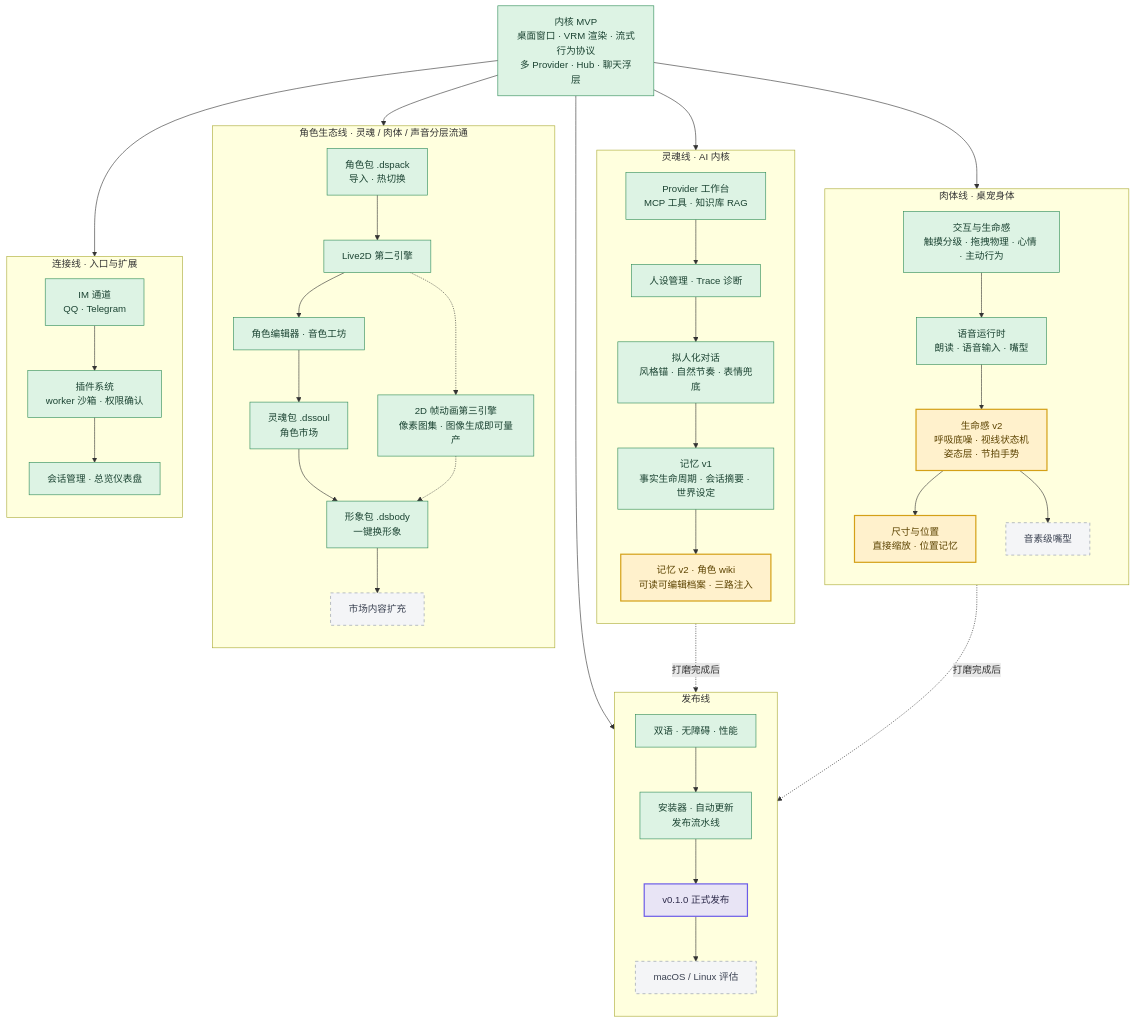
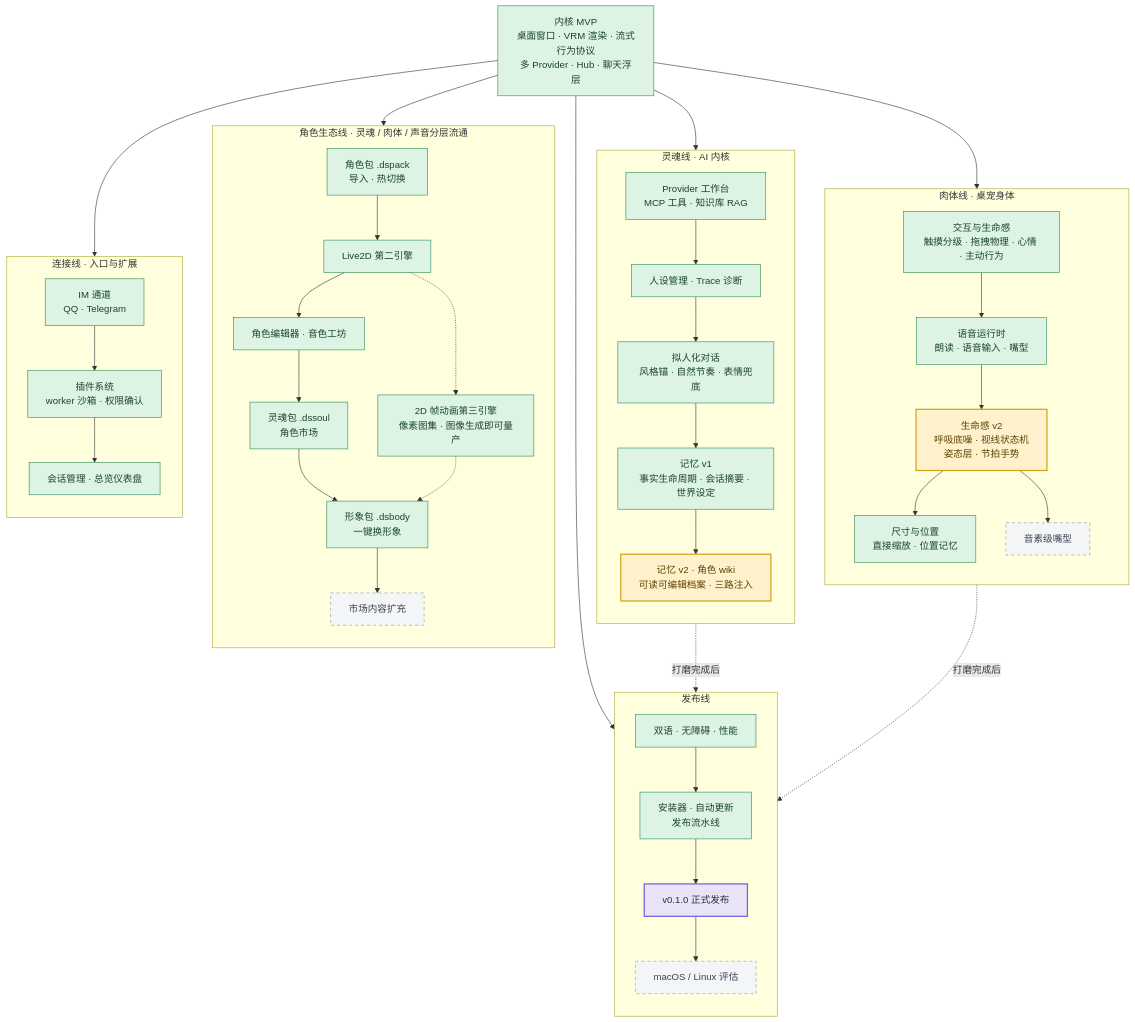
Before and after one commit to Furina-he/OpenPet: the second of 2 diagrams in README.md, drawn with Mermaid.

Commit message:
docs(readme): ㉓ 真窗已验——Roadmap 肉体线 B4「尺寸与位置」:::active → :::done（2026-09-26 用户确认 RESULTS §5 十二条无问题）

````diff
--- a/README.md
+++ b/README.md
@@ -233,70 +233,70 @@
 ```mermaid
 flowchart TB
   classDef done fill:#DDF3E4,stroke:#2E8B57,color:#1B4332
   classDef active fill:#FFF1CC,stroke:#D4A017,color:#5C4300,stroke-width:2px
   classDef plan fill:#F4F5F7,stroke:#8A94A6,color:#3B4252,stroke-dasharray: 5 5
   classDef gate fill:#E8E4F5,stroke:#6C5CE7,color:#2D2A4A,stroke-width:2px
 
   MVP["内核 MVP<br/>桌面窗口 · VRM 渲染 · 流式行为协议<br/>多 Provider · Hub · 聊天浮层"]:::done
 
   subgraph BODY["肉体线 · 桌宠身体"]
     direction TB
     B1["交互与生命感<br/>触摸分级 · 拖拽物理 · 心情 · 主动行为"]:::done
     B2["语音运行时<br/>朗读 · 语音输入 · 嘴型"]:::done
     B3["生命感 v2<br/>呼吸底噪 · 视线状态机<br/>姿态层 · 节拍手势"]:::active
-    B4["尺寸与位置<br/>直接缩放 · 位置记忆"]:::active
+    B4["尺寸与位置<br/>直接缩放 · 位置记忆"]:::done
     B5["音素级嘴型"]:::plan
     B1 --> B2 --> B3
     B3 --> B4
     B3 --> B5
   end
 
   subgraph SOUL["灵魂线 · AI 内核"]
     direction TB
     S1["Provider 工作台<br/>MCP 工具 · 知识库 RAG"]:::done
     S2["人设管理 · Trace 诊断"]:::done
     S3["拟人化对话<br/>风格锚 · 自然节奏 · 表情兜底"]:::done
     S4["记忆 v1<br/>事实生命周期 · 会话摘要 · 世界设定"]:::done
     S5["记忆 v2 · 角色 wiki<br/>可读可编辑档案 · 三路注入"]:::active
     S1 --> S2 --> S3 --> S4 --> S5
   end
 
   subgraph ECO["角色生态线 · 灵魂 / 肉体 / 声音分层流通"]
     direction TB
     E1["角色包 .dspack<br/>导入 · 热切换"]:::done
     E2["Live2D 第二引擎"]:::done
     E7["2D 帧动画第三引擎<br/>像素图集 · 图像生成即可量产"]:::done
     E3["角色编辑器 · 音色工坊"]:::done
     E4["灵魂包 .dssoul<br/>角色市场"]:::done
     E5["形象包 .dsbody<br/>一键换形象"]:::done
     E6["市场内容扩充"]:::plan
     E1 --> E2 --> E3 --> E4 --> E5 --> E6
     E2 -.-> E7
     E7 -.-> E5
   end
 
   subgraph LINK["连接线 · 入口与扩展"]
     direction TB
     L1["IM 通道<br/>QQ · Telegram"]:::done
     L2["插件系统<br/>worker 沙箱 · 权限确认"]:::done
     L3["会话管理 · 总览仪表盘"]:::done
     L1 --> L2 --> L3
   end
 
   subgraph SHIP["发布线"]
     direction TB
     R1["双语 · 无障碍 · 性能"]:::done
     R2["安装器 · 自动更新<br/>发布流水线"]:::done
     R3["v0.1.0 正式发布"]:::gate
     R4["macOS / Linux 评估"]:::plan
     R1 --> R2 --> R3 --> R4
   end
 
   MVP --> B1
   MVP --> S1
   MVP --> E1
   MVP --> L1
   MVP --> R1
   B3 -.打磨完成后.-> R3
   S5 -.打磨完成后.-> R3
 ```
````
